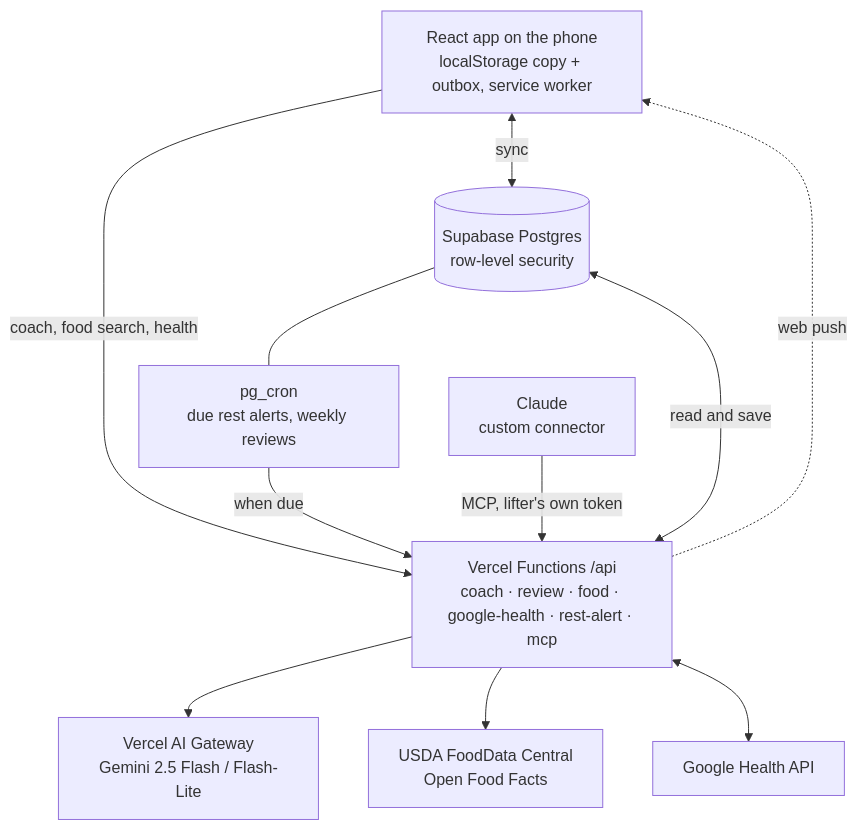
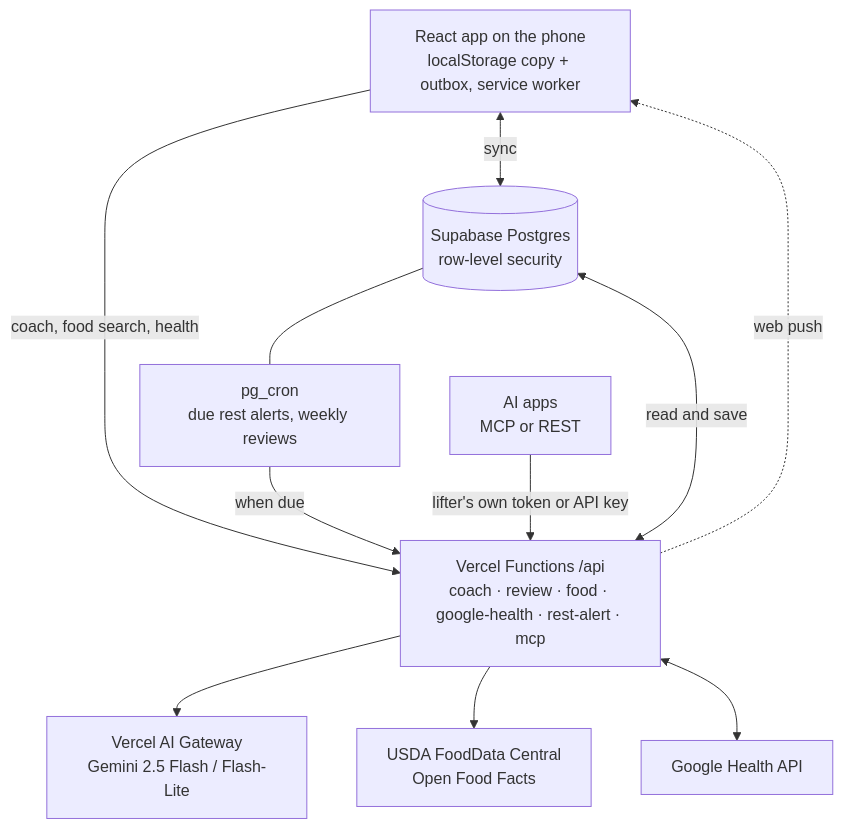
One commit to ndroidappple/gym-buddy changed the diagram in README.md. Above: the diagram before and after it, drawn with Mermaid. The commit also changed other lines of this file and 15 other files, not shown here.

First line of the commit message:
AI assistants: provider-agnostic access with API keys and a REST API

````diff
--- a/README.md
+++ b/README.md
@@ -76,22 +77,22 @@
 ```mermaid
 flowchart TB
   App["React app on the phone<br/>localStorage copy + outbox, service worker"]
   DB[("Supabase Postgres<br/>row-level security")]
   Cron["pg_cron<br/>due rest alerts, weekly reviews"]
   API["Vercel Functions /api<br/>coach · review · food · google-health · rest-alert · mcp"]
   AI["Vercel AI Gateway<br/>Gemini 2.5 Flash / Flash-Lite"]
   Food["USDA FoodData Central<br/>Open Food Facts"]
   GH["Google Health API"]
-  Claude["Claude<br/>custom connector"]
+  Claude["AI apps<br/>MCP or REST"]
 
   App <-->|sync| DB
   App -->|coach, food search, health| API
   DB --- Cron
   Cron -->|when due| API
   API <-->|read and save| DB
   API --> AI
   API --> Food
   API <--> GH
   API -.->|web push| App
-  Claude -->|MCP, lifter's own token| API
+  Claude -->|lifter's own token or API key| API
 ```
````
